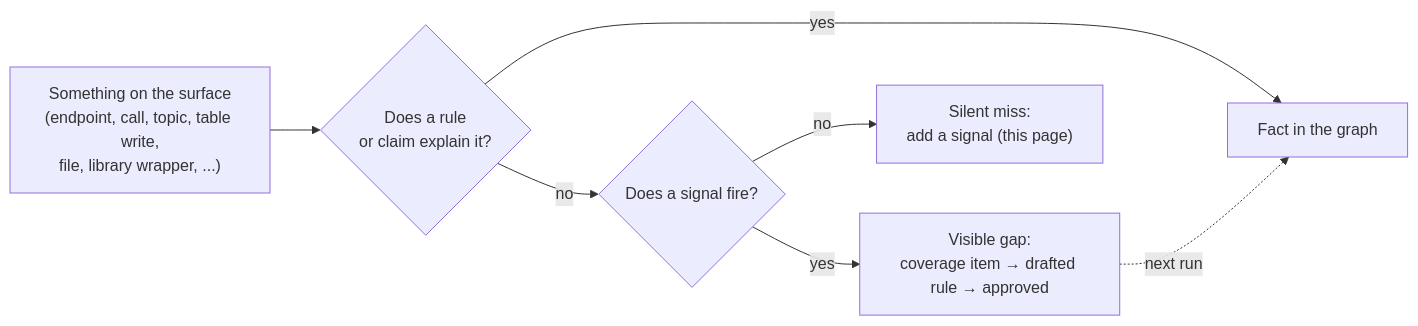
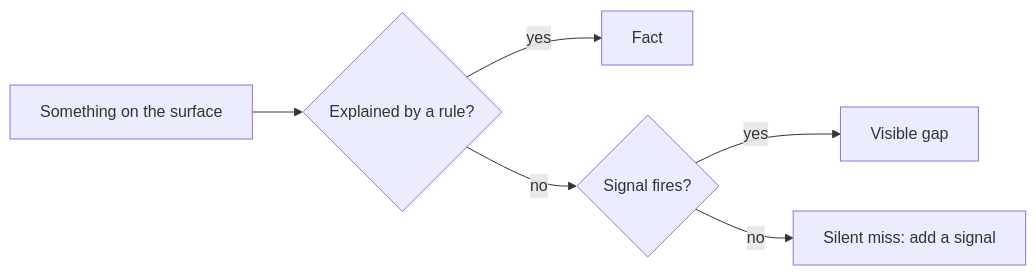
Before and after one commit to KBavis/steno: the diagram in docs/how-it-works/ingestion/what-steno-must-see.md, drawn with Mermaid. The commit also changed other lines of this file and 35 other files, not shown here.

First line of the commit message:
docs: simplify the docs and record D150 (flows-first routing)

````diff
--- a/docs/how-it-works/ingestion/what-steno-must-see.md
+++ b/docs/how-it-works/ingestion/what-steno-must-see.md
@@ -12,9 +10,8 @@
 ```mermaid
 flowchart LR
-    M["Something on the surface<br/>(endpoint, call, topic, table write,<br/>file, library wrapper, ...)"] --> Q{"Does a rule<br/>or claim explain it?"}
-    Q -- yes --> F["Fact in the graph"]
-    Q -- no --> S{"Does a signal fire?"}
-    S -- yes --> G["Visible gap:<br/>coverage item → drafted rule → approved"]
-    S -- no --> X["Silent miss:<br/>add a signal (this page)"]
-    G -. next run .-> F
+    M["Something on the surface"] --> Q{"Explained by a rule?"}
+    Q -- yes --> F["Fact"]
+    Q -- no --> S{"Signal fires?"}
+    S -- yes --> G["Visible gap"]
+    S -- no --> X["Silent miss: add a signal"]
 ```
````
